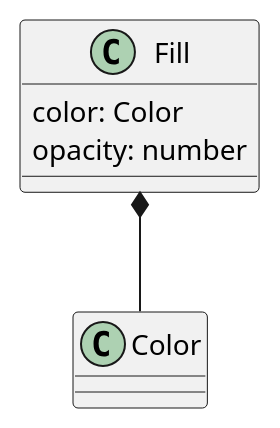
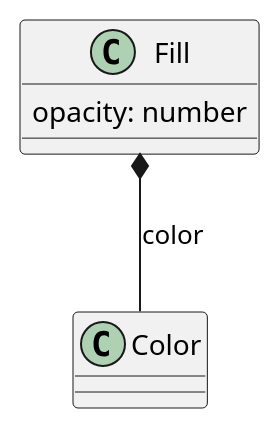
One commit to opengeospatial/cartographic-symbology changed the fourth of 10 diagrams in 1-core/sections/clause_8_vector.adoc. Above: the diagram before and after it, drawn with PlantUML. The commit also changed other lines of this file and 2 other files, not shown here.

Commit message:
Vector, coverage and labeling UML: show the listed properties as associations only

```diff
--- a/1-core/sections/clause_8_vector.adoc
+++ b/1-core/sections/clause_8_vector.adoc
@@ -120,8 +116,7 @@
 [plantuml, target=diagram-classes, format=png]
 ....
 @startuml
-Fill : color: Color
 Fill : opacity: number
-Fill *-- Color
+Fill *-- Color : color
 @enduml
 ....
```
